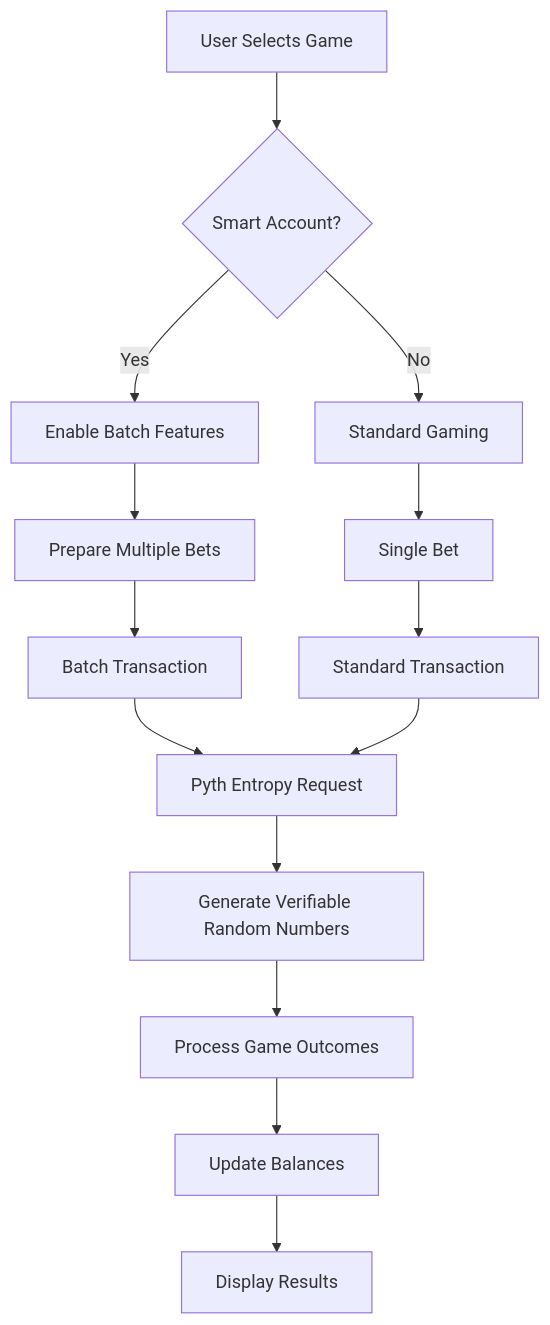
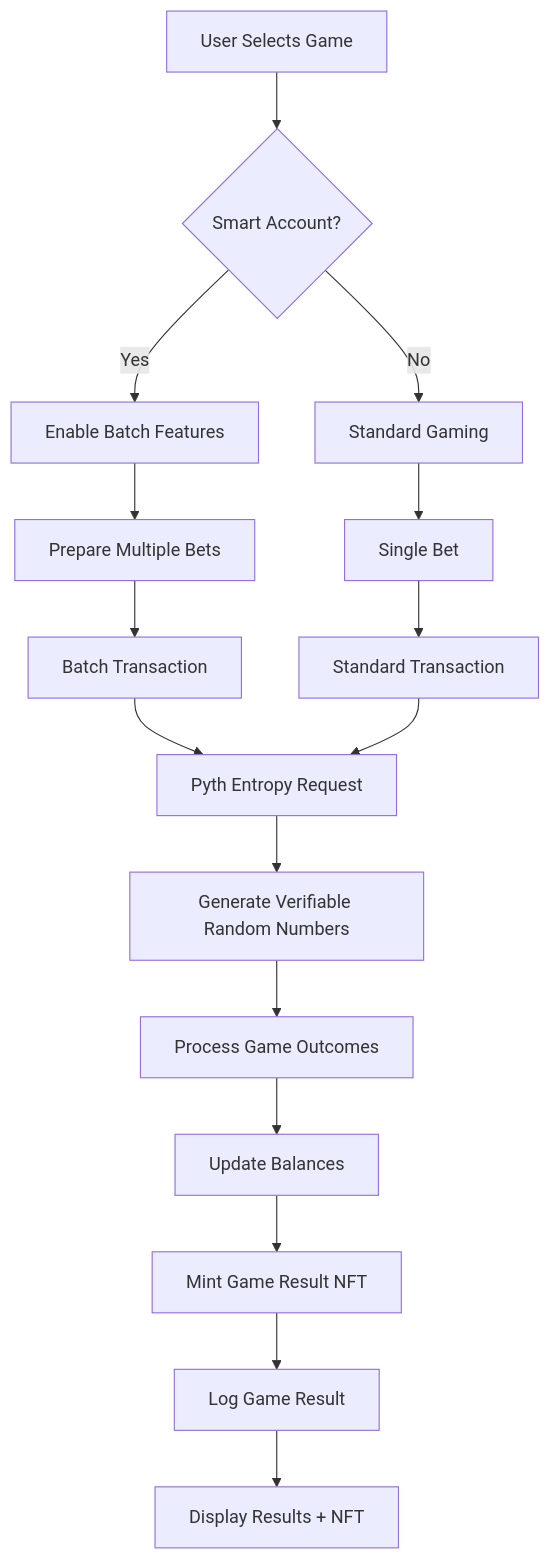
One commit to AmaanSayyad/APT-Casino-QIE changed the ninth of 17 diagrams in README.md. Above: the diagram before and after it, drawn with Mermaid. The commit also changed other lines of this file, not shown here.

````diff
--- a/README.md
+++ b/README.md
@@ -542,21 +542,23 @@
 ```mermaid
 flowchart TD
     A[User Selects Game] --> B{Smart Account?}
     B -->|Yes| C[Enable Batch Features]
     B -->|No| D[Standard Gaming]
     
     C --> E[Prepare Multiple Bets]
     D --> F[Single Bet]
     
     E --> G[Batch Transaction]
     F --> H[Standard Transaction]
     
     G --> I[Pyth Entropy Request]
     H --> I
     
     I --> J[Generate Verifiable Random Numbers]
     J --> K[Process Game Outcomes]
     
     K --> L[Update Balances]
-    L --> M[Display Results]
+    L --> M[Mint Game Result NFT]
+    M --> N[Log Game Result]
+    N --> O[Display Results + NFT]
 ```
````
